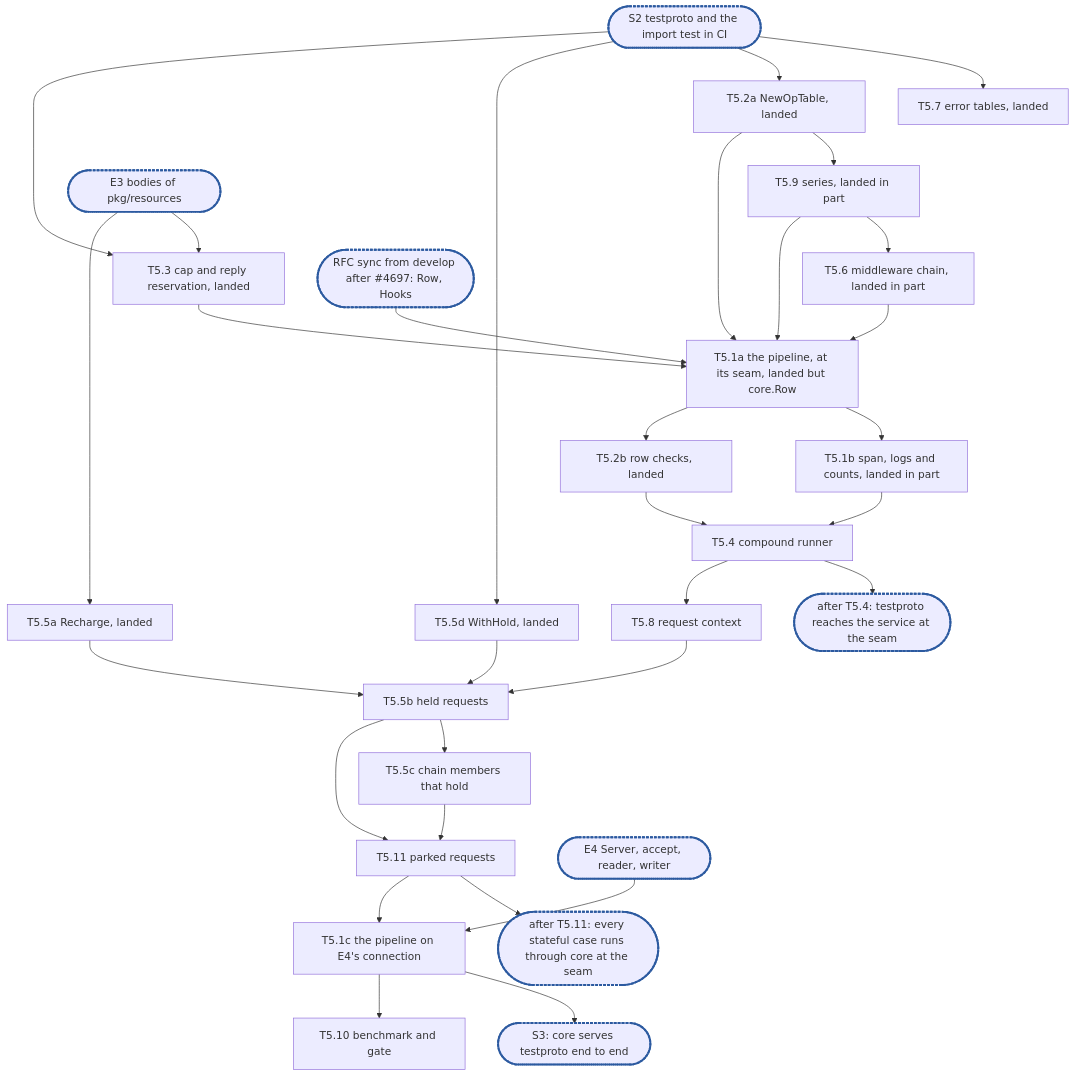
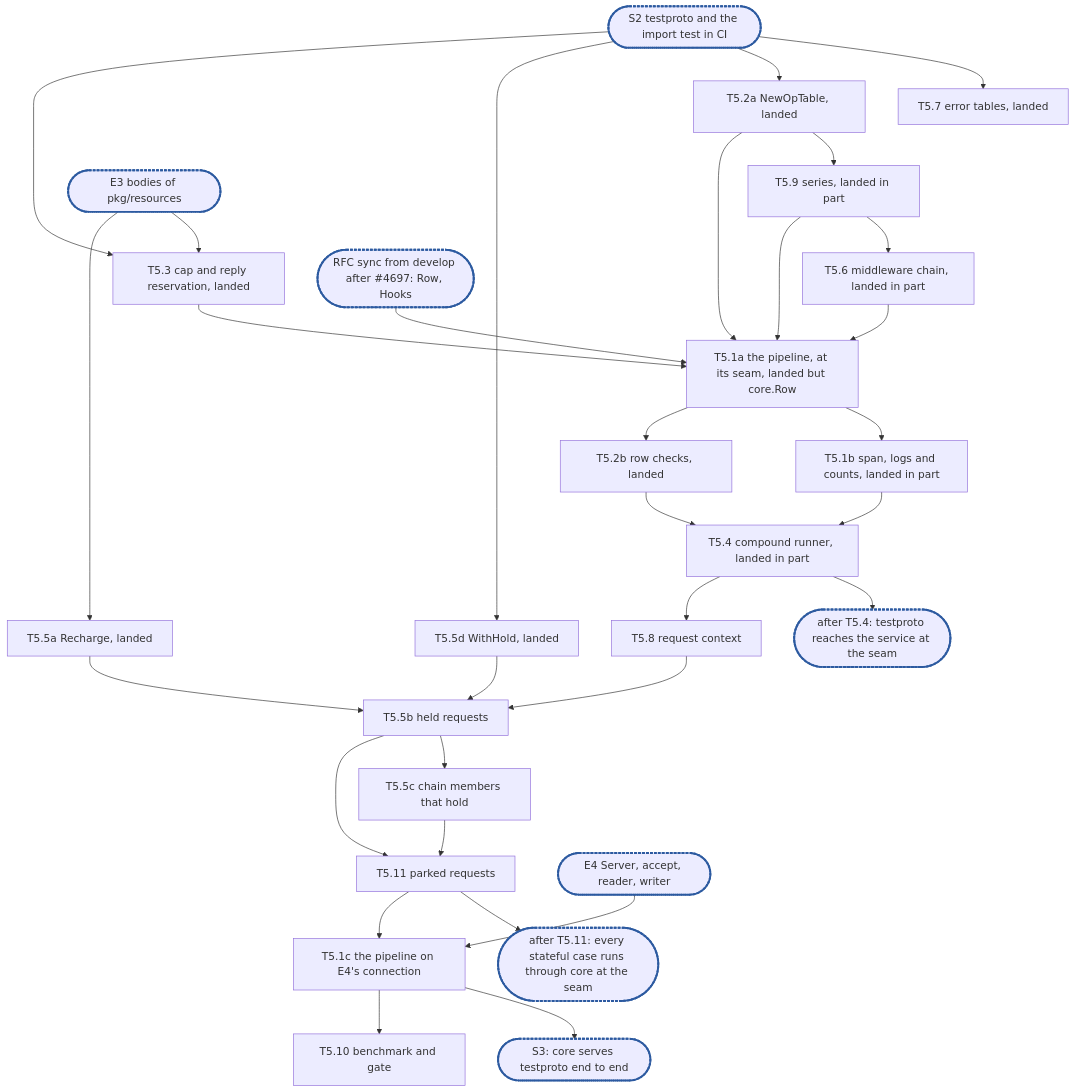
One commit to cubbit/dittofs changed the diagram in docs/internals/planning/rfc-20-adapters-epic5.md. Above: the diagram before and after it, drawn with Mermaid. The commit also changed other lines of this file and 1 other file, not shown here.

First line of the commit message:
docs(planning): epic 5 prices landed work at 0, T5.9 at 1, and moves the 0.01 run to T5.10

````diff
--- a/docs/internals/planning/rfc-20-adapters-epic5.md
+++ b/docs/internals/planning/rfc-20-adapters-epic5.md
@@ -2388,34 +2388,34 @@
 ```mermaid
 flowchart TD
   S2(["S2 testproto and the import test in CI"]):::sync --> T5_7["T5.7 error tables, landed"]
   S2 --> T5_2a["T5.2a NewOpTable, landed"]
   T5_2a --> T5_9["T5.9 series, landed in part"]
   T5_9 --> T5_6["T5.6 middleware chain, landed in part"]
   S2 --> T5_5d["T5.5d WithHold, landed"]
   S2 --> T5_3["T5.3 cap and reply reservation, landed"]
   E3(["E3 bodies of pkg/resources"]):::sync --> T5_3
   E3 --> T5_5a["T5.5a Recharge, landed"]
   T5_2a --> T5_1a["T5.1a the pipeline, at its seam, landed but core.Row"]
   T5_9 --> T5_1a
   T5_6 --> T5_1a
   T5_3 --> T5_1a
   SYNC(["RFC sync from develop after #4697: Row, Hooks"]):::sync --> T5_1a
   T5_1a --> T5_1b["T5.1b span, logs and counts, landed in part"]
   T5_1a --> T5_2b["T5.2b row checks, landed"]
-  T5_1b --> T5_4["T5.4 compound runner"]
+  T5_1b --> T5_4["T5.4 compound runner, landed in part"]
   T5_2b --> T5_4
   T5_4 --> C1(["after T5.4: testproto reaches the service at the seam"]):::sync
   T5_4 --> T5_8["T5.8 request context"]
   T5_5a --> T5_5b["T5.5b held requests"]
   T5_5d --> T5_5b
   T5_8 --> T5_5b
   T5_5b --> T5_5c["T5.5c chain members that hold"]
   T5_5b --> T5_11["T5.11 parked requests"]
   T5_5c --> T5_11
   T5_11 --> C2(["after T5.11: every stateful case runs through core at the seam"]):::sync
   E4(["E4 Server, accept, reader, writer"]):::sync --> T5_1c["T5.1c the pipeline on E4's connection"]
   T5_11 --> T5_1c
   T5_1c --> C3(["S3: core serves testproto end to end"]):::sync
   T5_1c --> T5_10["T5.10 benchmark and gate"]
   classDef sync stroke:#2c5aa0,stroke-width:3px,stroke-dasharray:4 2
 ```
````
